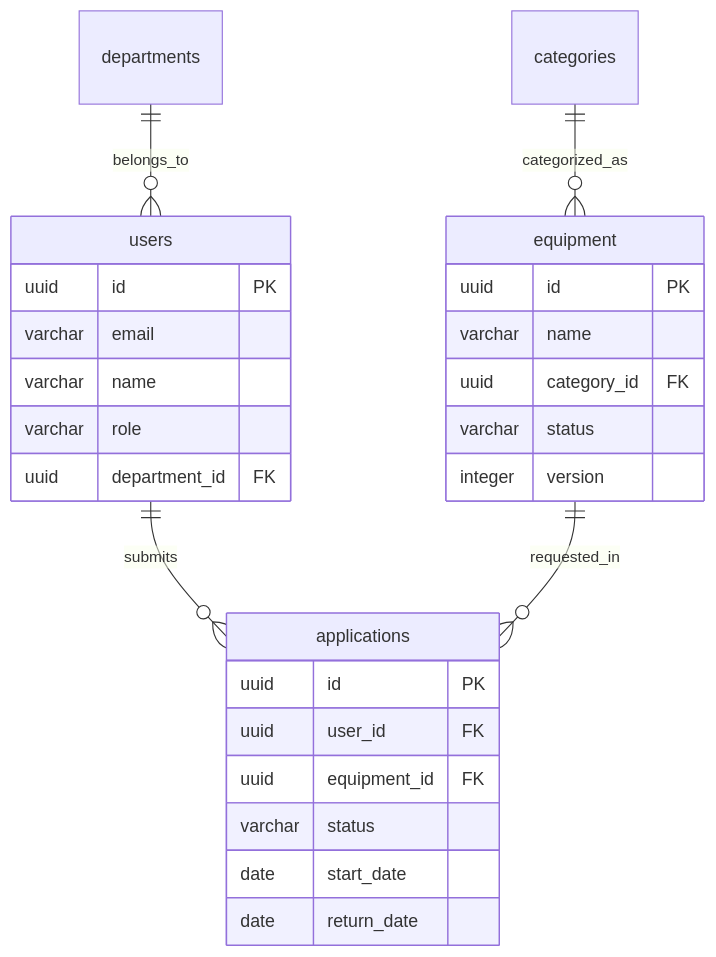
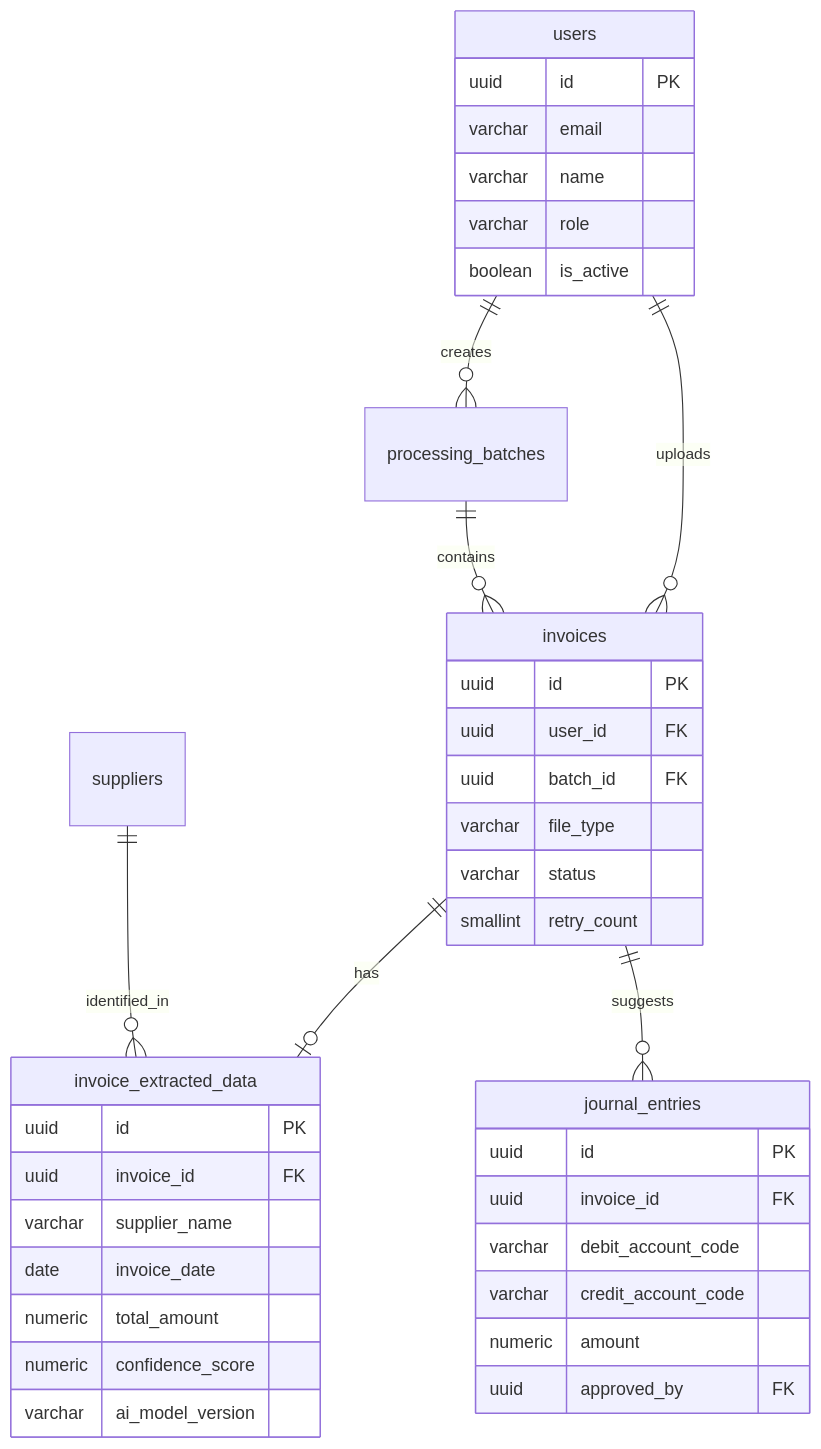
The diagram in basicdesign/buoi-02.md (tuyenpx2/designcourse), drawn with Mermaid before and after one commit. The commit also changed other lines of this file and 23 other files, not shown here.

````diff
--- a/basicdesign/buoi-02.md
+++ b/basicdesign/buoi-02.md
@@ -486,32 +562,45 @@
 ```mermaid
 erDiagram
-    departments ||--o{ users : "belongs_to"
-    categories  ||--o{ equipment : "categorized_as"
-    users       ||--o{ applications : "submits"
-    equipment   ||--o{ applications : "requested_in"
+    users ||--o{ invoices : "uploads"
+    users ||--o{ processing_batches : "creates"
+    processing_batches ||--o{ invoices : "contains"
+    invoices ||--o| invoice_extracted_data : "has"
+    invoices ||--o{ journal_entries : "suggests"
+    suppliers ||--o{ invoice_extracted_data : "identified_in"
 
     users {
         uuid id PK
         varchar email
         varchar name
         varchar role
-        uuid department_id FK
+        boolean is_active
     }
 
-    equipment {
+    invoices {
         uuid id PK
-        varchar name
-        uuid category_id FK
+        uuid user_id FK
+        uuid batch_id FK
+        varchar file_type
         varchar status
-        integer version
+        smallint retry_count
     }
 
-    applications {
+    invoice_extracted_data {
         uuid id PK
-        uuid user_id FK
-        uuid equipment_id FK
-        varchar status
-        date start_date
-        date return_date
+        uuid invoice_id FK
+        varchar supplier_name
+        date invoice_date
+        numeric total_amount
+        numeric confidence_score
+        varchar ai_model_version
+    }
+
+    journal_entries {
+        uuid id PK
+        uuid invoice_id FK
+        varchar debit_account_code
+        varchar credit_account_code
+        numeric amount
+        uuid approved_by FK
     }
 ```
````
